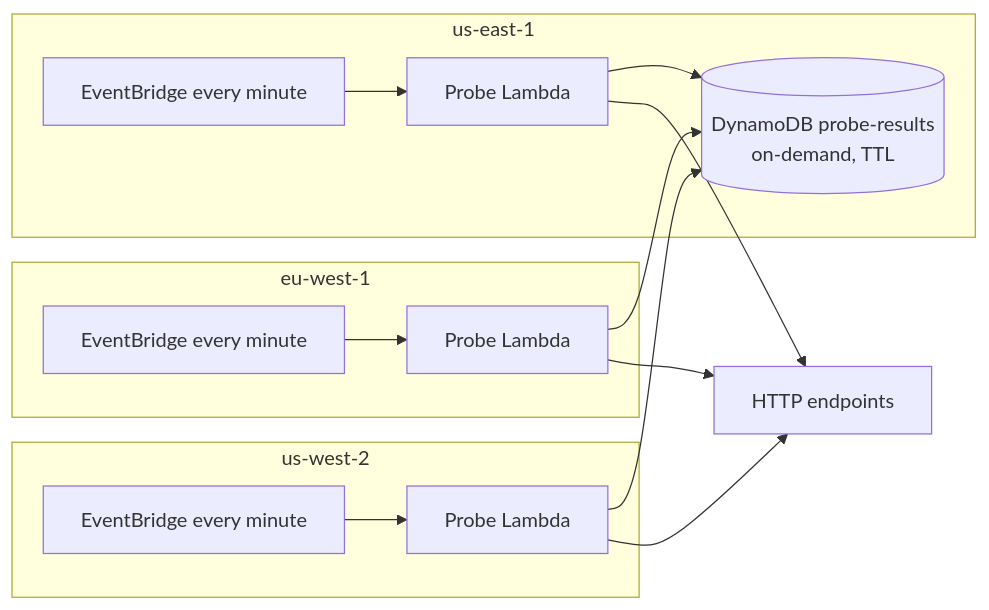
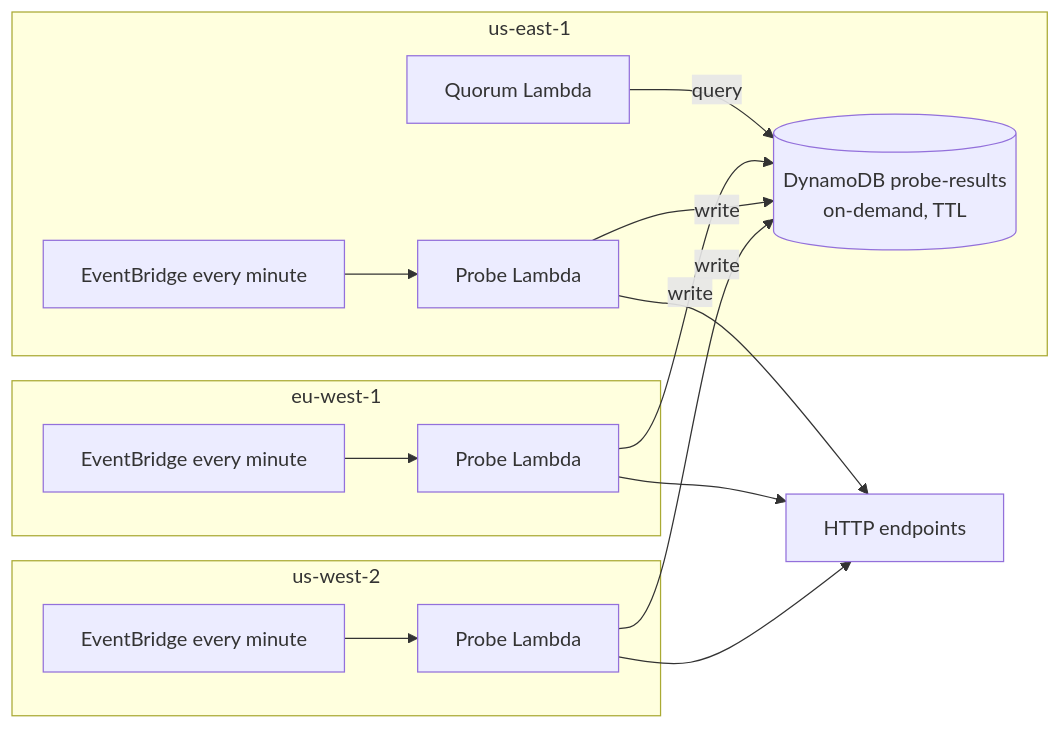
One commit to nickmori05/status-probes changed the diagram in README.md. Above: the diagram before and after it, drawn with Mermaid. The commit also changed other lines of this file, not shown here.

First line of the commit message:
Describe quorum aggregation in the README

````diff
--- a/README.md
+++ b/README.md
@@ -7,21 +7,23 @@
 ```mermaid
 flowchart LR
   subgraph usw2 [us-west-2]
     ruleW[EventBridge every minute] --> fnW[Probe Lambda]
   end
   subgraph use1 [us-east-1]
     ruleE[EventBridge every minute] --> fnE[Probe Lambda]
     table[("DynamoDB probe-results<br/>on-demand, TTL")]
+    quorum[Quorum Lambda]
   end
   subgraph euw1 [eu-west-1]
     ruleU[EventBridge every minute] --> fnU[Probe Lambda]
   end
 
   sites[HTTP endpoints]
   fnW --> sites
   fnE --> sites
   fnU --> sites
-  fnW --> table
-  fnE --> table
-  fnU --> table
+  fnW -->|write| table
+  fnE -->|write| table
+  fnU -->|write| table
+  quorum -->|query| table
 ```
````
